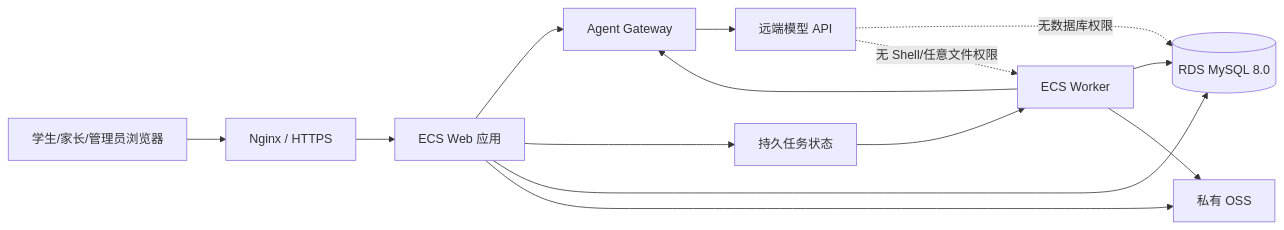
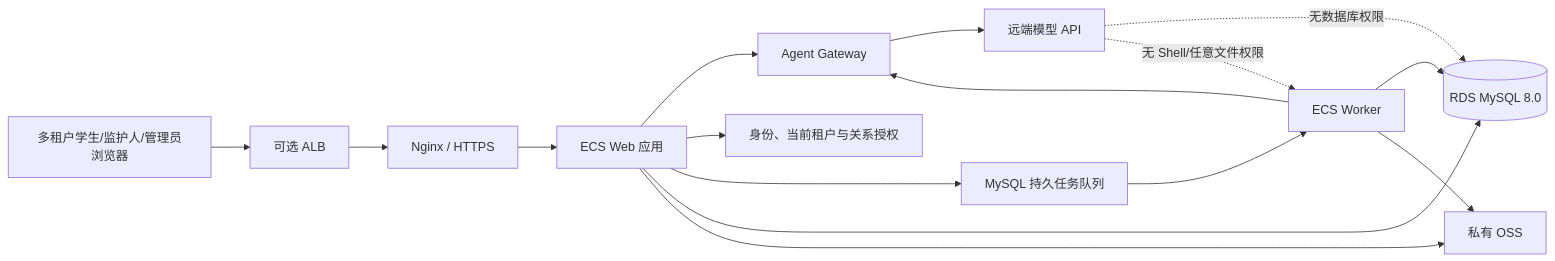
One commit to chjesu/lizhaolin-math-error-notebook changed the first of 3 diagrams in docs/web/03-TECHNICAL-ARCHITECTURE.md. Above: the diagram before and after it, drawn with Mermaid. The commit also changed other lines of this file and 5 other files, not shown here.

````diff
--- a/docs/web/03-TECHNICAL-ARCHITECTURE.md
+++ b/docs/web/03-TECHNICAL-ARCHITECTURE.md
@@ -21,17 +22,19 @@
 ```mermaid
 flowchart LR
-    U["学生/家长/管理员浏览器"] --> N["Nginx / HTTPS"]
+    U["多租户学生/监护人/管理员浏览器"] --> L["可选 ALB"]
+    L --> N["Nginx / HTTPS"]
     N --> APP["ECS Web 应用"]
     APP --> GW["Agent Gateway"]
-    APP --> JOB["持久任务状态"]
+    APP --> AUTH["身份、当前租户与关系授权"]
+    APP --> JOB["MySQL 持久任务队列"]
     JOB --> W["ECS Worker"]
     W --> GW
     GW --> MODEL["远端模型 API"]
     APP --> DB[("RDS MySQL 8.0")]
     W --> DB
     APP --> OSS["私有 OSS"]
     W --> OSS
 
     MODEL -. "无数据库权限" .-> DB
     MODEL -. "无 Shell/任意文件权限" .-> W
 ```
````
